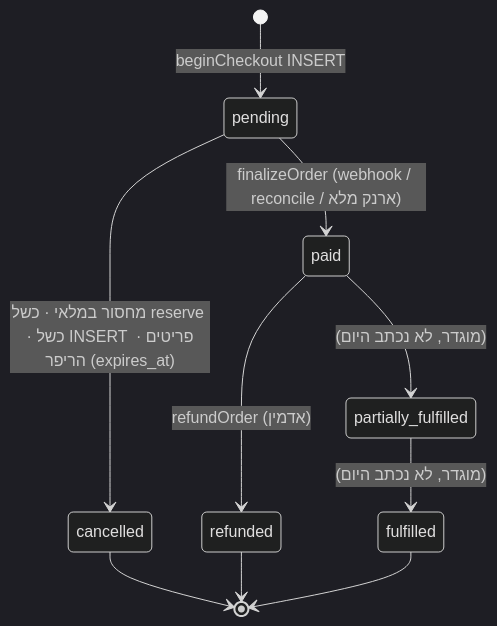
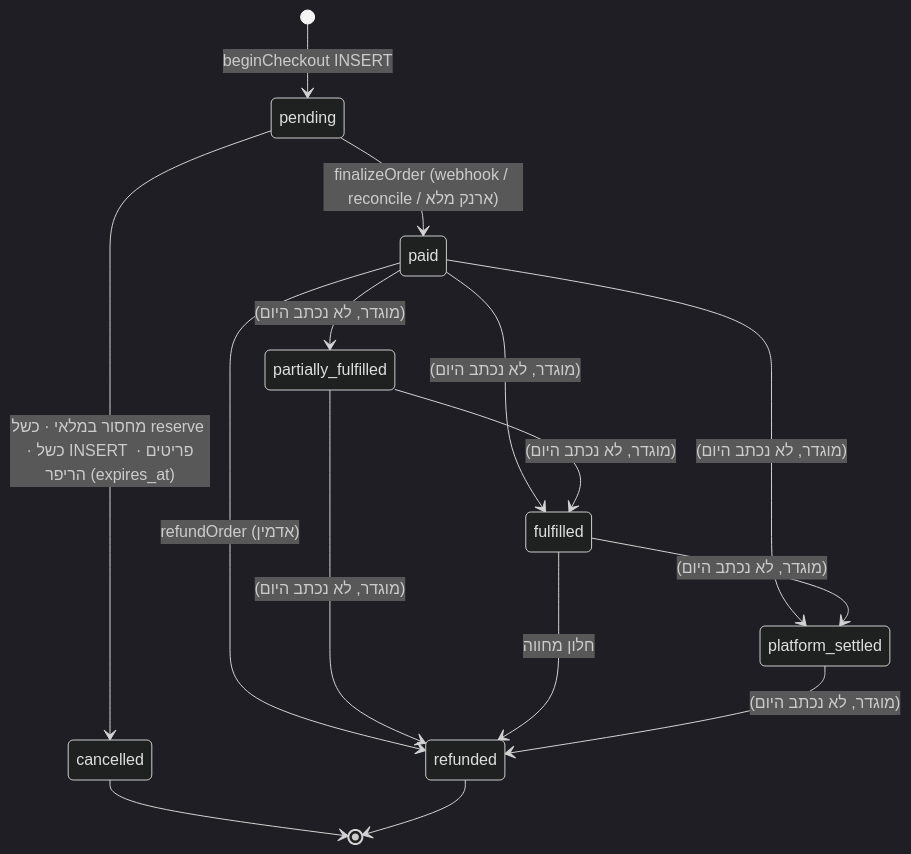
One commit to kenyonexpress/kenyonexpress changed the first of 5 diagrams in docs/ARCHITECTURE-ORDER-STATE-MACHINE.md. Above: the diagram before and after it, drawn with Mermaid (dark theme). The commit also changed other lines of this file, not shown here.

````diff
--- a/docs/ARCHITECTURE-ORDER-STATE-MACHINE.md
+++ b/docs/ARCHITECTURE-ORDER-STATE-MACHINE.md
@@ -59,12 +78,17 @@
 ```mermaid
 stateDiagram-v2
     [*] --> pending: beginCheckout INSERT
     pending --> paid: finalizeOrder (webhook / reconcile / ארנק מלא)
     pending --> cancelled: מחסור במלאי · כשל reserve · כשל INSERT פריטים · הריפר (expires_at)
     paid --> refunded: refundOrder (אדמין)
     paid --> partially_fulfilled: (מוגדר, לא נכתב היום)
+    paid --> fulfilled: (מוגדר, לא נכתב היום)
+    paid --> platform_settled: (מוגדר, לא נכתב היום)
     partially_fulfilled --> fulfilled: (מוגדר, לא נכתב היום)
+    partially_fulfilled --> refunded: (מוגדר, לא נכתב היום)
+    fulfilled --> platform_settled: (מוגדר, לא נכתב היום)
+    fulfilled --> refunded: חלון מחווה
+    platform_settled --> refunded: (מוגדר, לא נכתב היום)
     cancelled --> [*]
     refunded --> [*]
-    fulfilled --> [*]
 ```
````
